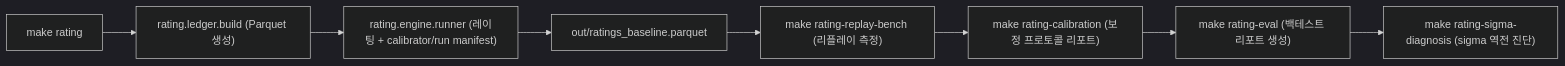
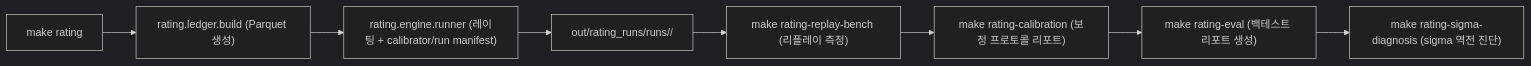
The fifth of 6 diagrams in docs/pipeline_runbook.md (es-kimo/splits), drawn with Mermaid (dark theme) before and after one commit. The commit also changed other lines of this file and 16 other files, not shown here.

````diff
--- a/docs/pipeline_runbook.md
+++ b/docs/pipeline_runbook.md
@@ -181,10 +181,10 @@
 ```mermaid
 flowchart LR
     A["make rating"] --> B["rating.ledger.build (Parquet 생성)"]
     B --> C["rating.engine.runner (레이팅 + calibrator/run manifest)"]
-    C --> D["out/ratings_baseline.parquet"]
+    C --> D["out/rating_runs/runs/<run_id>/"]
     D --> E["make rating-replay-bench (리플레이 측정)"]
     E --> F["make rating-calibration (보정 프로토콜 리포트)"]
     F --> G["make rating-eval (백테스트 리포트 생성)"]
     G --> H["make rating-sigma-diagnosis (sigma 역전 진단)"]
 ```
````
